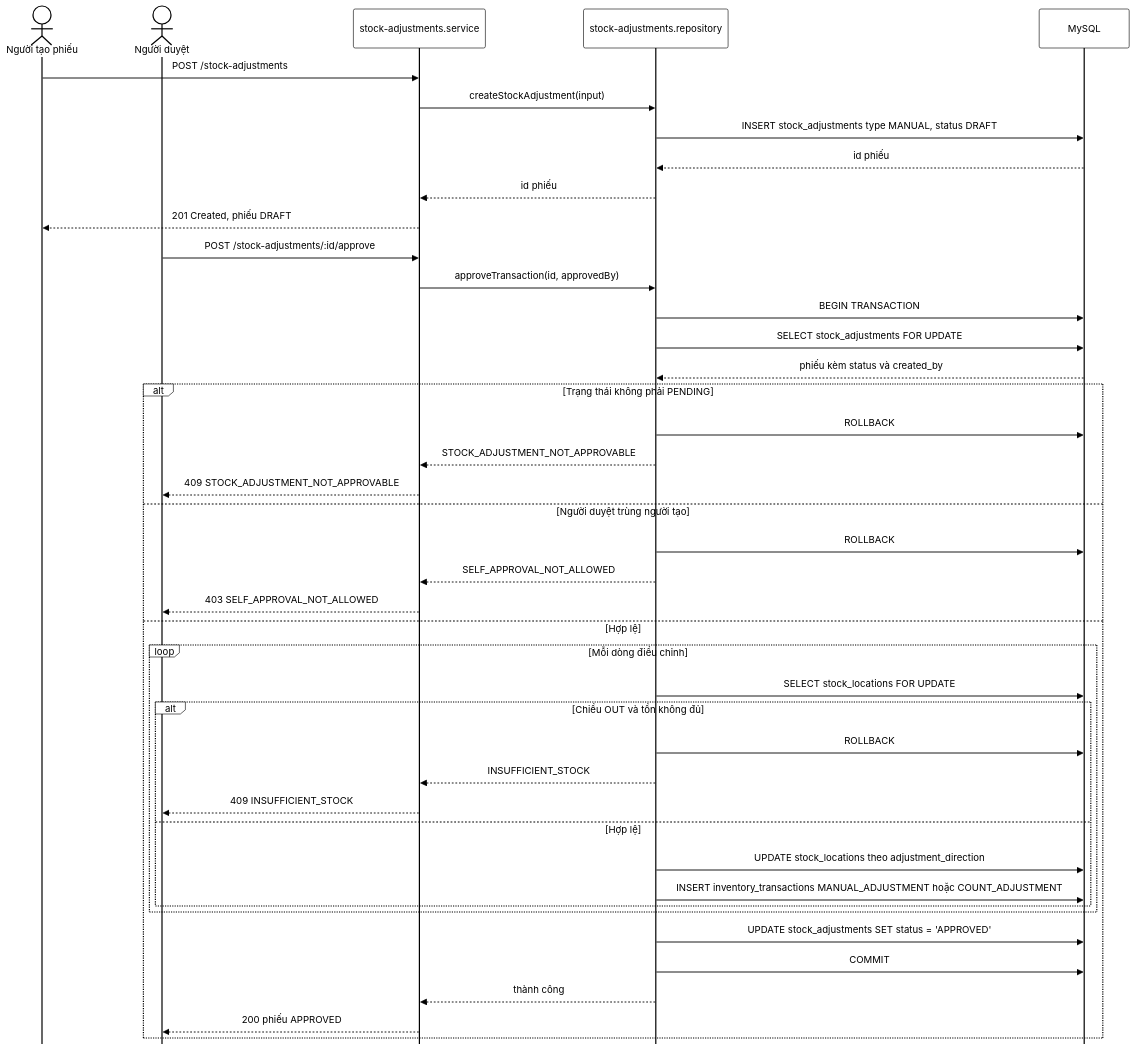
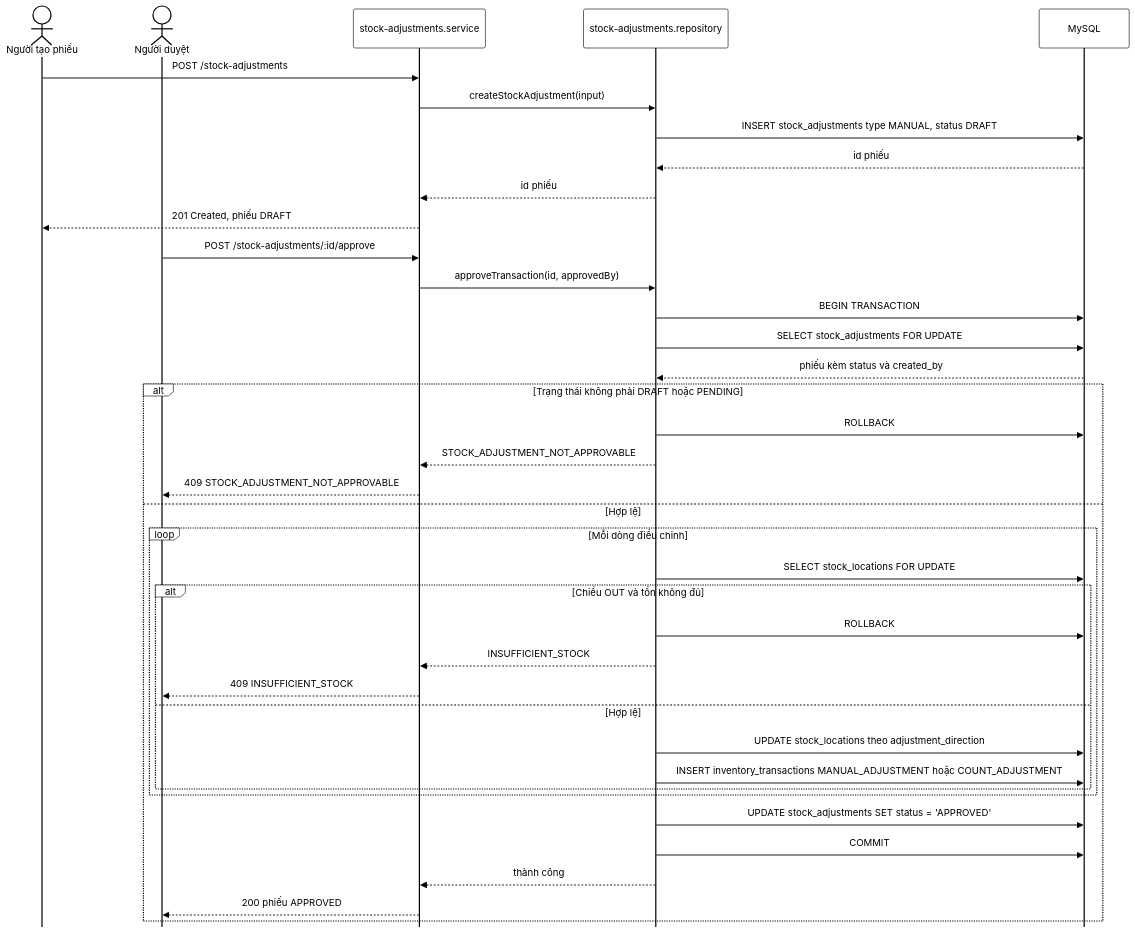
Before and after one commit to nguyenthihongnhu-dotcom/luanvan2026: the diagram in docs/diagrams/45_3-3-5_chuc-nang-dieu-chinh-ton-stock-adjustment_sequence.mmd, drawn with Mermaid. The commit also changed 22 other files, not shown here.

```diff
--- a/docs/diagrams/45_3-3-5_chuc-nang-dieu-chinh-ton-stock-adjustment_sequence.mmd
+++ b/docs/diagrams/45_3-3-5_chuc-nang-dieu-chinh-ton-stock-adjustment_sequence.mmd
@@ -1,82 +1,78 @@
 %%{init: {
   'theme': 'base',
   'themeVariables': {
     'primaryColor': '#ffffff',
     'primaryBorderColor': '#000000',
     'primaryTextColor': '#000000',
     'secondaryColor': '#ffffff',
     'secondaryBorderColor': '#000000',
     'secondaryTextColor': '#000000',
     'tertiaryColor': '#ffffff',
     'tertiaryBorderColor': '#000000',
     'tertiaryTextColor': '#000000',
     'lineColor': '#000000',
     'textColor': '#000000',
     'mainBkg': '#ffffff',
     'nodeBorder': '#000000',
     'clusterBkg': '#ffffff',
     'clusterBorder': '#000000',
     'edgeLabelBackground': '#ffffff',
     'fontSize': '14px',
     'actorBkg': '#ffffff',
     'actorBorder': '#000000',
     'actorTextColor': '#000000',
     'actorLineColor': '#000000',
     'signalColor': '#000000',
     'signalTextColor': '#000000',
     'labelBoxBkgColor': '#ffffff',
     'labelBoxBorderColor': '#000000',
     'labelTextColor': '#000000',
     'loopTextColor': '#000000',
     'noteBkgColor': '#ffffff',
     'noteBorderColor': '#000000',
     'noteTextColor': '#000000',
     'activationBkgColor': '#ffffff',
     'activationBorderColor': '#000000',
     'altBackground': '#ffffff'
   },
   'sequence': { 'mirrorActors': false, 'messageMargin': 40, 'boxMargin': 10, 'useMaxWidth': false }
 }}%%
 sequenceDiagram
     actor A as Người tạo phiếu
     actor B as Người duyệt
     participant S as stock-adjustments.service
     participant Repo as stock-adjustments.repository
     participant DB as MySQL
 
     A->>S: POST /stock-adjustments
     S->>Repo: createStockAdjustment(input)
     Repo->>DB: INSERT stock_adjustments type MANUAL, status DRAFT
     DB-->>Repo: id phiếu
     Repo-->>S: id phiếu
     S-->>A: 201 Created, phiếu DRAFT
     B->>S: POST /stock-adjustments/:id/approve
     S->>Repo: approveTransaction(id, approvedBy)
     Repo->>DB: BEGIN TRANSACTION
     Repo->>DB: SELECT stock_adjustments FOR UPDATE
     DB-->>Repo: phiếu kèm status và created_by
-    alt Trạng thái không phải PENDING
+    alt Trạng thái không phải DRAFT hoặc PENDING
         Repo->>DB: ROLLBACK
         Repo-->>S: STOCK_ADJUSTMENT_NOT_APPROVABLE
         S-->>B: 409 STOCK_ADJUSTMENT_NOT_APPROVABLE
-    else Người duyệt trùng người tạo
-        Repo->>DB: ROLLBACK
-        Repo-->>S: SELF_APPROVAL_NOT_ALLOWED
-        S-->>B: 403 SELF_APPROVAL_NOT_ALLOWED
     else Hợp lệ
         loop Mỗi dòng điều chỉnh
             Repo->>DB: SELECT stock_locations FOR UPDATE
             alt Chiều OUT và tồn không đủ
                 Repo->>DB: ROLLBACK
                 Repo-->>S: INSUFFICIENT_STOCK
                 S-->>B: 409 INSUFFICIENT_STOCK
             else Hợp lệ
                 Repo->>DB: UPDATE stock_locations theo adjustment_direction
                 Repo->>DB: INSERT inventory_transactions MANUAL_ADJUSTMENT hoặc COUNT_ADJUSTMENT
             end
         end
         Repo->>DB: UPDATE stock_adjustments SET status = 'APPROVED'
         Repo->>DB: COMMIT
         Repo-->>S: thành công
         S-->>B: 200 phiếu APPROVED
     end
```
